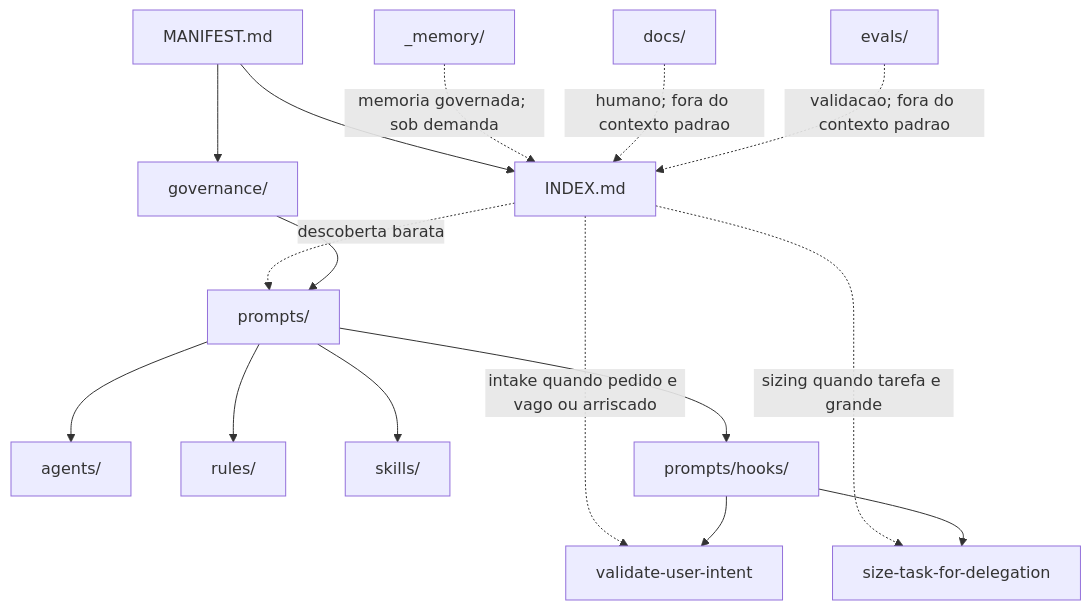
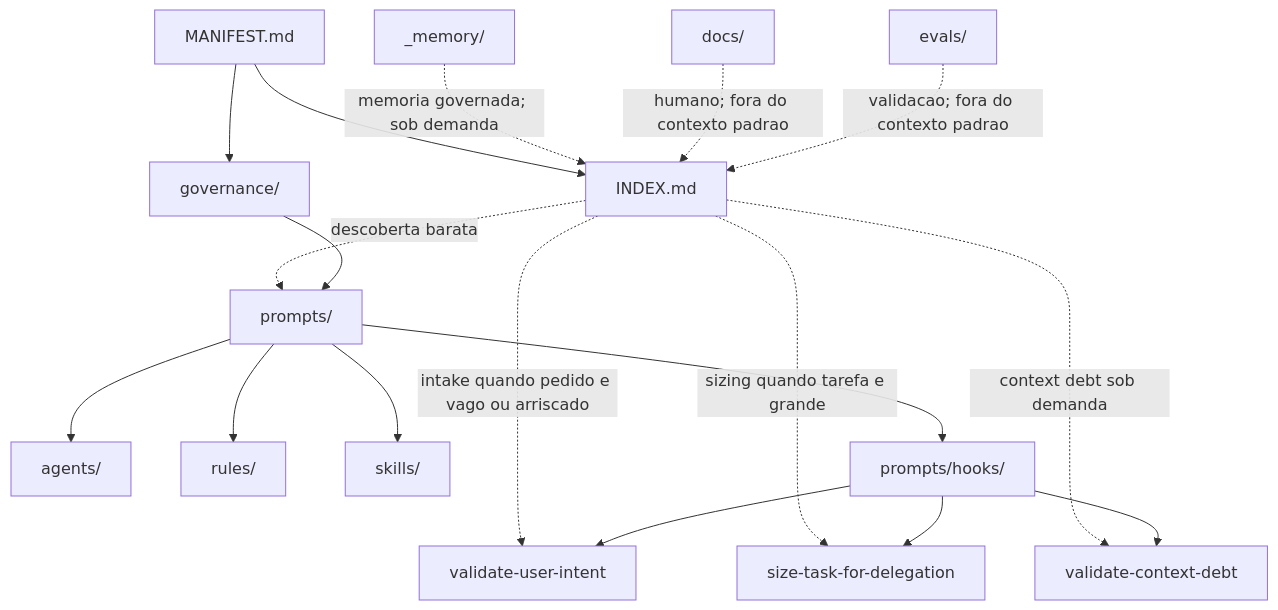
The diagram in README.md (moreira-and/agent-ops), drawn with Mermaid before and after one commit. The commit also changed other lines of this file and 17 other files, not shown here.

````diff
--- a/README.md
+++ b/README.md
@@ -44,18 +44,20 @@
 ```mermaid
 flowchart TD
     manifest["MANIFEST.md"] --> index["INDEX.md"]
     manifest --> governance["governance/"]
     index -. "intake quando pedido e vago ou arriscado" .-> intake["validate-user-intent"]
     index -. "sizing quando tarefa e grande" .-> sizing["size-task-for-delegation"]
+    index -. "context debt sob demanda" .-> debt["validate-context-debt"]
     index -. "descoberta barata" .-> prompts["prompts/"]
     governance --> prompts
     prompts --> agents["agents/"]
     prompts --> rules["rules/"]
     prompts --> skills["skills/"]
     prompts --> hooks["prompts/hooks/"]
     hooks --> intake
     hooks --> sizing
+    hooks --> debt
     memory["_memory/"] -. "memoria governada; sob demanda" .-> index
     docs["docs/"] -. "humano; fora do contexto padrao" .-> index
     evals["evals/"] -. "validacao; fora do contexto padrao" .-> index
 ```
````
